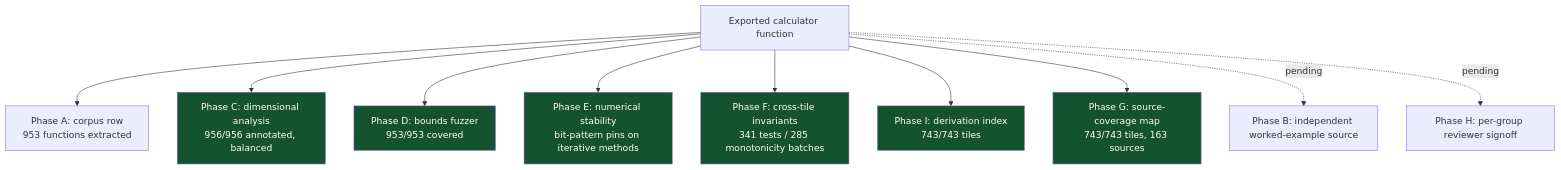
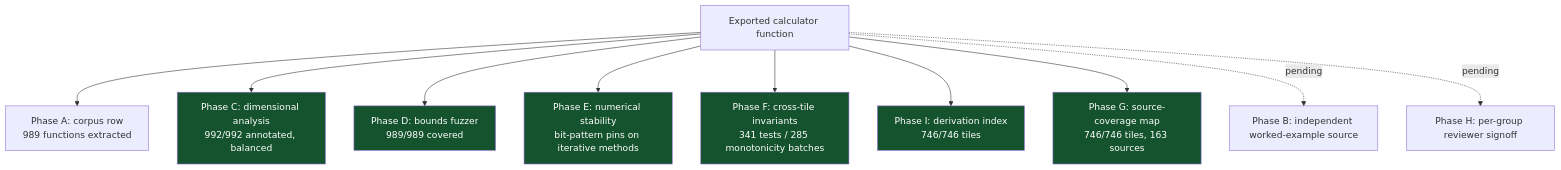
Before and after one commit to clay-good/roughlogic.com: the sixth of 8 diagrams in README.md, drawn with Mermaid. The commit also changed other lines of this file and 18 other files, not shown here.

````diff
--- a/README.md
+++ b/README.md
@@ -519,18 +519,18 @@
 ```mermaid
 flowchart TB
-    F[Exported calculator function] --> A[Phase A: corpus row\n953 functions extracted]
-    F --> C[Phase C: dimensional analysis\n956/956 annotated, balanced]
-    F --> D[Phase D: bounds fuzzer\n953/953 covered]
+    F[Exported calculator function] --> A[Phase A: corpus row\n989 functions extracted]
+    F --> C[Phase C: dimensional analysis\n992/992 annotated, balanced]
+    F --> D[Phase D: bounds fuzzer\n989/989 covered]
     F --> E[Phase E: numerical stability\nbit-pattern pins on iterative methods]
     F --> Fa[Phase F: cross-tile invariants\n341 tests / 285 monotonicity batches]
-    F --> I[Phase I: derivation index\n743/743 tiles]
-    F --> G[Phase G: source-coverage map\n743/743 tiles, 163 sources]
+    F --> I[Phase I: derivation index\n746/746 tiles]
+    F --> G[Phase G: source-coverage map\n746/746 tiles, 163 sources]
     F -.pending.-> B[Phase B: independent worked-example source]
     F -.pending.-> H[Phase H: per-group reviewer signoff]
     style C fill:#14532d,color:#fff
     style D fill:#14532d,color:#fff
     style E fill:#14532d,color:#fff
     style Fa fill:#14532d,color:#fff
     style G fill:#14532d,color:#fff
     style I fill:#14532d,color:#fff
 ```
````
